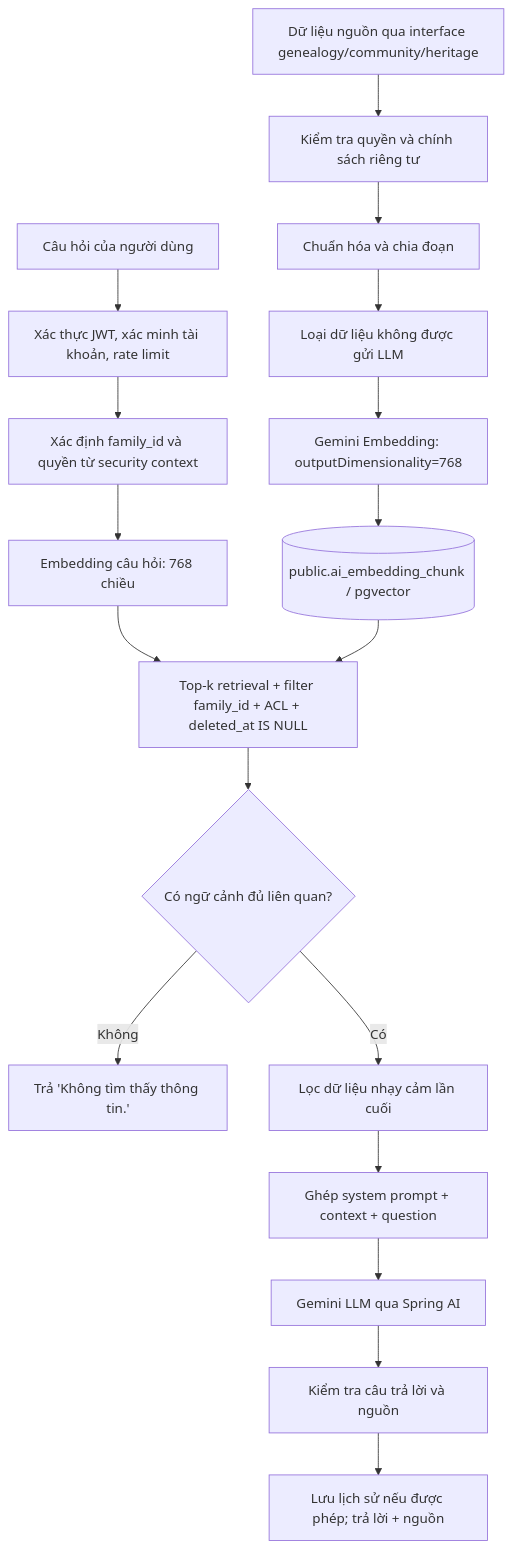
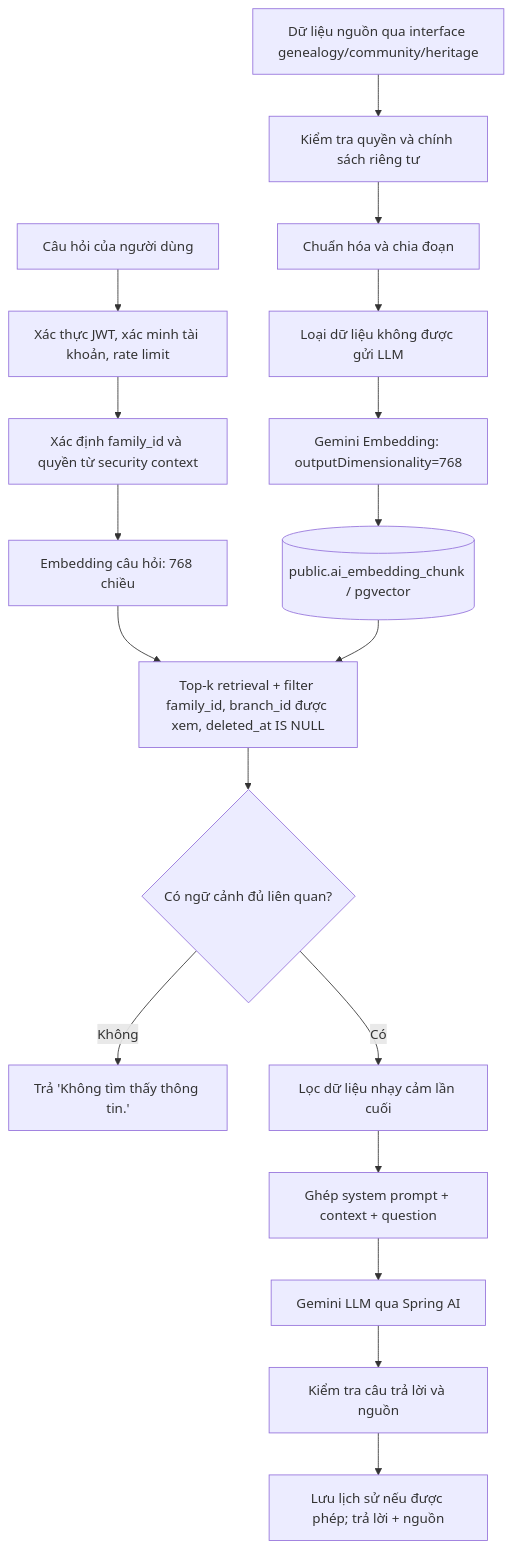
Before and after one commit to ngthanhtuann/ai-powered-digital-family-community-platform: the diagram in docs/02-design/ai-rag.md, drawn with Mermaid. The commit also changed other lines of this file and 7 other files, not shown here.

````diff
--- a/docs/02-design/ai-rag.md
+++ b/docs/02-design/ai-rag.md
@@ -11,20 +11,20 @@
 ```mermaid
 flowchart TD
     A["Dữ liệu nguồn qua interface genealogy/community/heritage"] --> B["Kiểm tra quyền và chính sách riêng tư"]
     B --> C["Chuẩn hóa và chia đoạn"]
     C --> D["Loại dữ liệu không được gửi LLM"]
     D --> E["Gemini Embedding: outputDimensionality=768"]
     E --> F[("public.ai_embedding_chunk / pgvector")]
     U["Câu hỏi của người dùng"] --> V["Xác thực JWT, xác minh tài khoản, rate limit"]
     V --> W["Xác định family_id và quyền từ security context"]
     W --> X["Embedding câu hỏi: 768 chiều"]
-    X --> Y["Top-k retrieval + filter family_id + ACL + deleted_at IS NULL"]
+    X --> Y["Top-k retrieval + filter family_id, branch_id được xem, deleted_at IS NULL"]
     F --> Y
     Y --> Z{"Có ngữ cảnh đủ liên quan?"}
     Z -- "Không" --> N["Trả 'Không tìm thấy thông tin.'"]
     Z -- "Có" --> P["Lọc dữ liệu nhạy cảm lần cuối"]
     P --> Q["Ghép system prompt + context + question"]
     Q --> R["Gemini LLM qua Spring AI"]
     R --> S["Kiểm tra câu trả lời và nguồn"]
     S --> T["Lưu lịch sử nếu được phép; trả lời + nguồn"]
 ```
````
